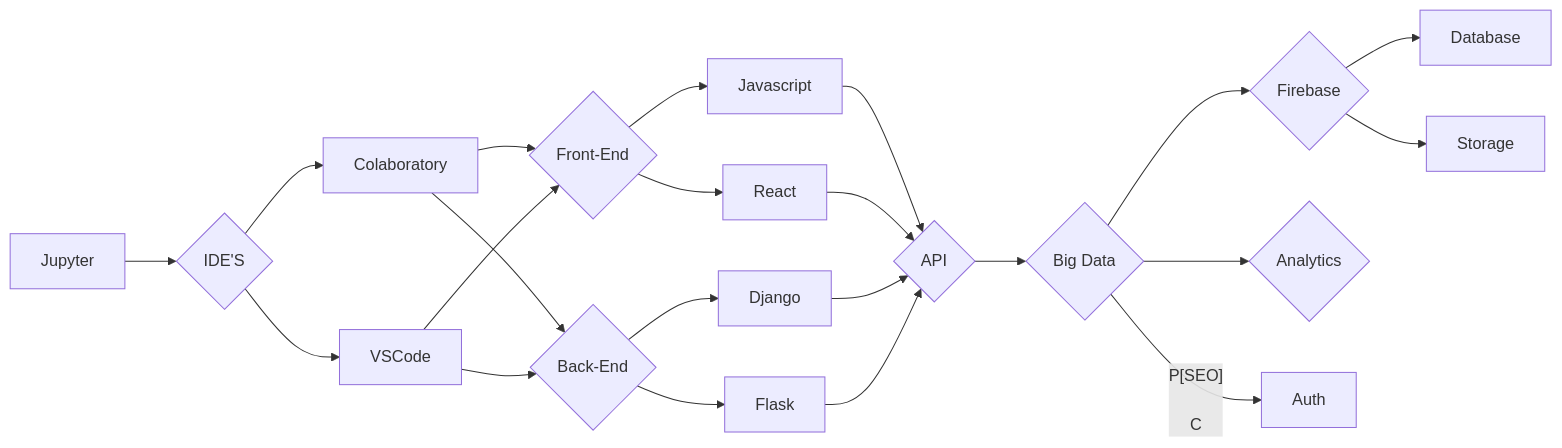
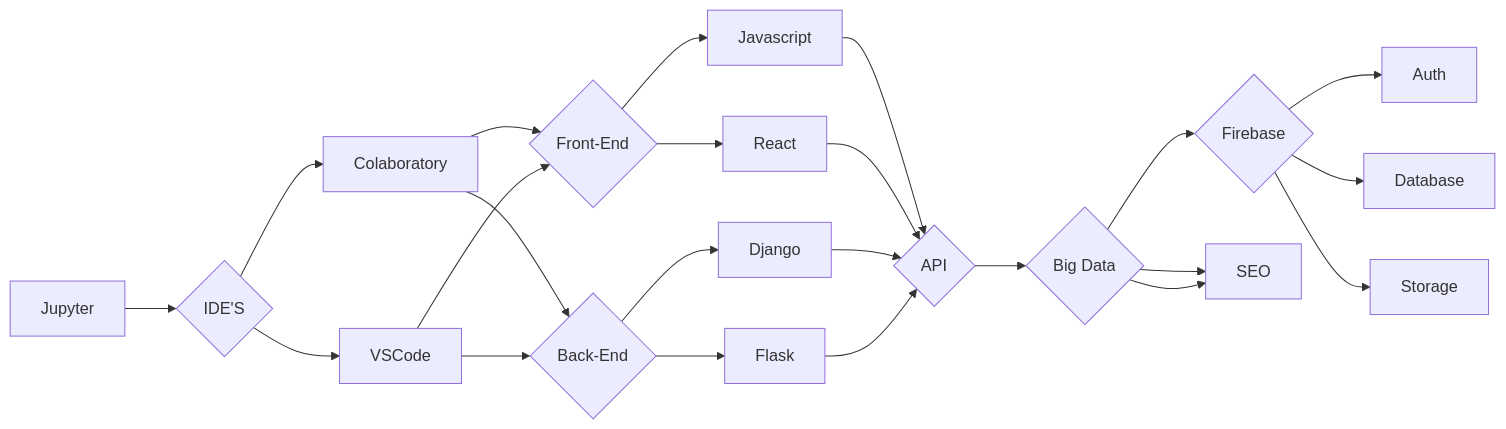
The first of 2 diagrams in README.md (SauloCandeira/SauloCandeira), drawn with Mermaid before and after one commit.

````diff
--- a/README.md
+++ b/README.md
@@ -61,33 +61,33 @@
 ```mermaid
 flowchart LR
 
 M[Jupyter] --> Z{IDE'S} 
 
 Z{IDE'S} --> K[Colaboratory]
 Z  --> L
 
 K[Colaboratory] --> A{Front-End} 
 K --> B{Back-End}
 L[VSCode] --> A{Front-End} 
 L --> B{Back-End}
 
 A{Front-End} --> I[Javascript] --> O{API} 
 A{Front-End} --> J[React] --> O{API} 
 
 B{Back-End} --> G[Django] --> O{API} 
 B{Back-End} --> H[Flask] --> O{API} 
 
 
 
 O{API} --> N{Big Data}
 
 
 N{Big Data} --> C{Firebase}
 N --> P{Analytics}
 
-N -- P[SEO]
+N --> P[SEO]
 
 C --> D[Auth]
 C --> E[Database]
 C --> F[Storage]
 ```
````
